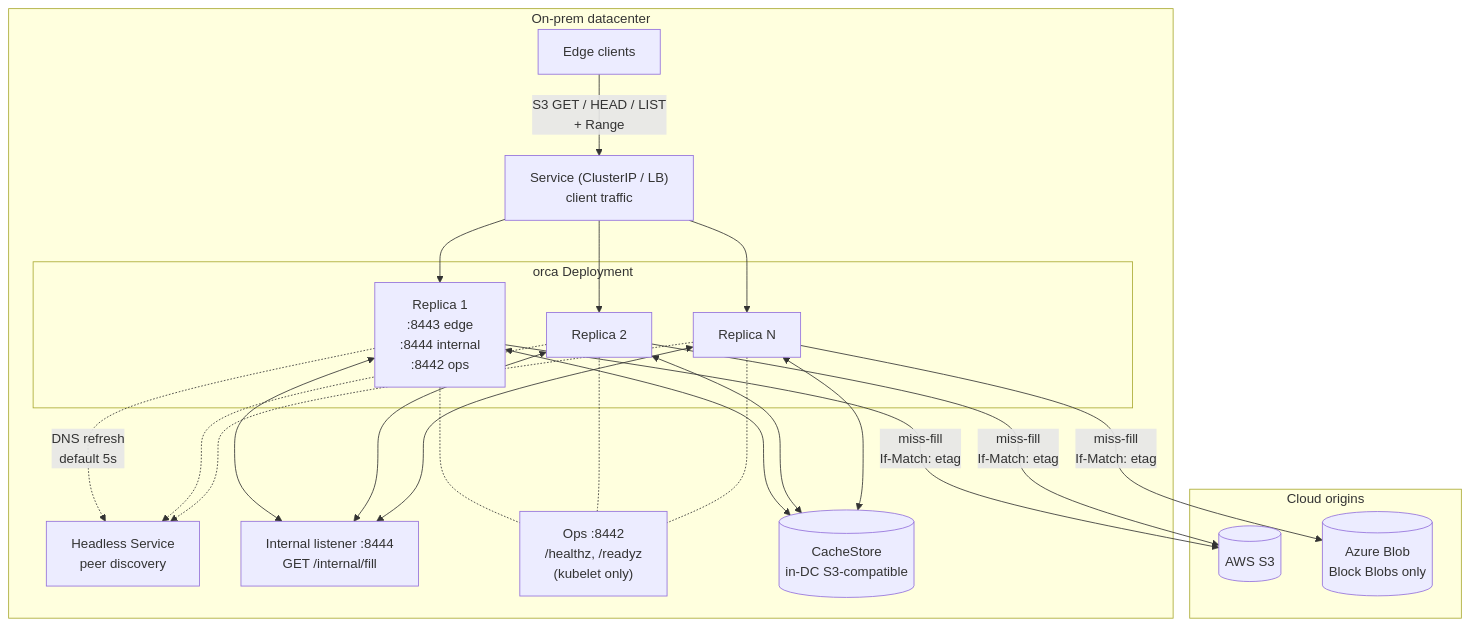
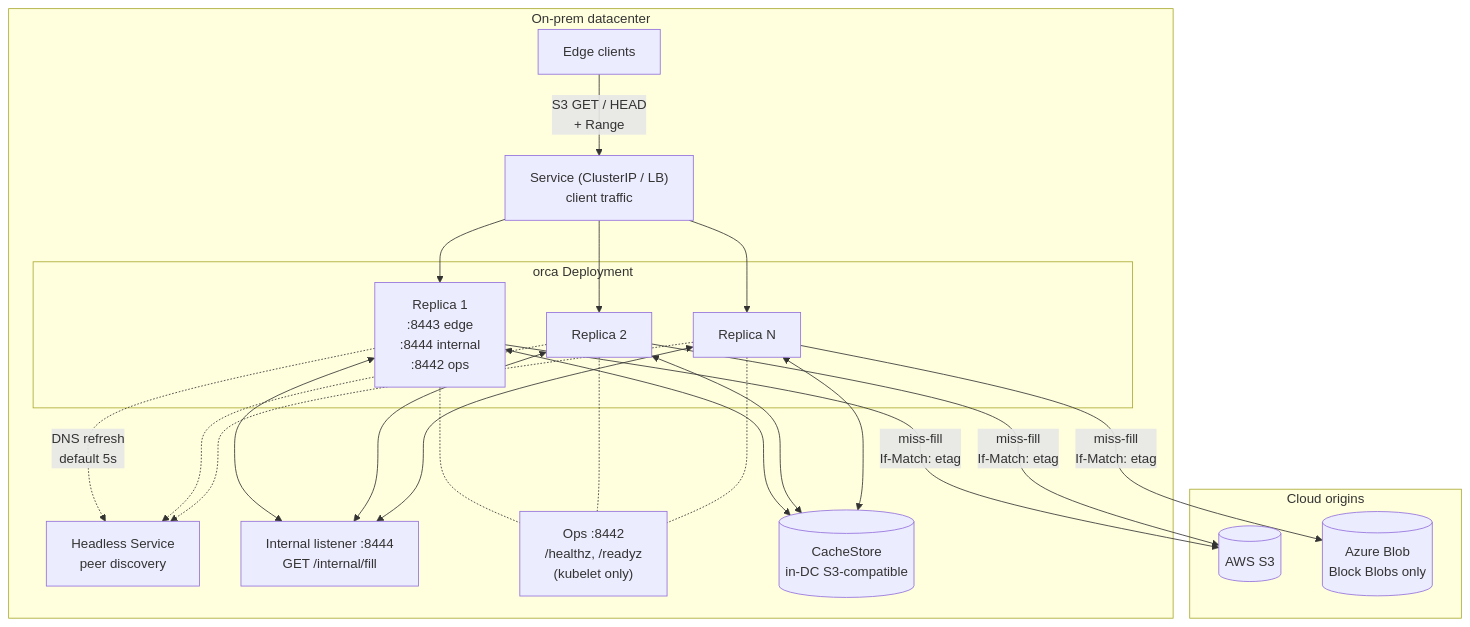
Before and after one commit to Azure/unbounded: the first of 7 diagrams in designs/orca/design.md, drawn with Mermaid. The commit also changed other lines of this file and 6 other files, not shown here.

````diff
--- a/designs/orca/design.md
+++ b/designs/orca/design.md
@@ -179,39 +179,39 @@
 ```mermaid
 graph TB
     subgraph DC["On-prem datacenter"]
         Clients["Edge clients"]
         Service["Service (ClusterIP / LB)<br/>client traffic"]
         subgraph Replicas["orca Deployment"]
             R1["Replica 1<br/>:8443 edge<br/>:8444 internal<br/>:8442 ops"]
             R2["Replica 2"]
             R3["Replica N"]
         end
         Headless["Headless Service<br/>peer discovery"]
         Internal["Internal listener :8444<br/>GET /internal/fill"]
         Ops["Ops :8442<br/>/healthz, /readyz<br/>(kubelet only)"]
         CS[("CacheStore<br/>in-DC S3-compatible")]
     end
     subgraph Cloud["Cloud origins"]
         S3[("AWS S3")]
         Azure[("Azure Blob<br/>Block Blobs only")]
     end
-    Clients -- "S3 GET / HEAD / LIST<br/>+ Range" --> Service
+    Clients -- "S3 GET / HEAD<br/>+ Range" --> Service
     Service --> R1
     Service --> R2
     Service --> R3
     R1 -. "DNS refresh<br/>default 5s" .-> Headless
     R2 -.-> Headless
     R3 -.-> Headless
     R1 <--> Internal
     R2 <--> Internal
     R3 <--> Internal
     R1 -.- Ops
     R2 -.- Ops
     R3 -.- Ops
     R1 <--> CS
     R2 <--> CS
     R3 <--> CS
     R1 -- "miss-fill<br/>If-Match: etag" --> S3
     R2 -- "miss-fill<br/>If-Match: etag" --> S3
     R3 -- "miss-fill<br/>If-Match: etag" --> Azure
 ```
````
